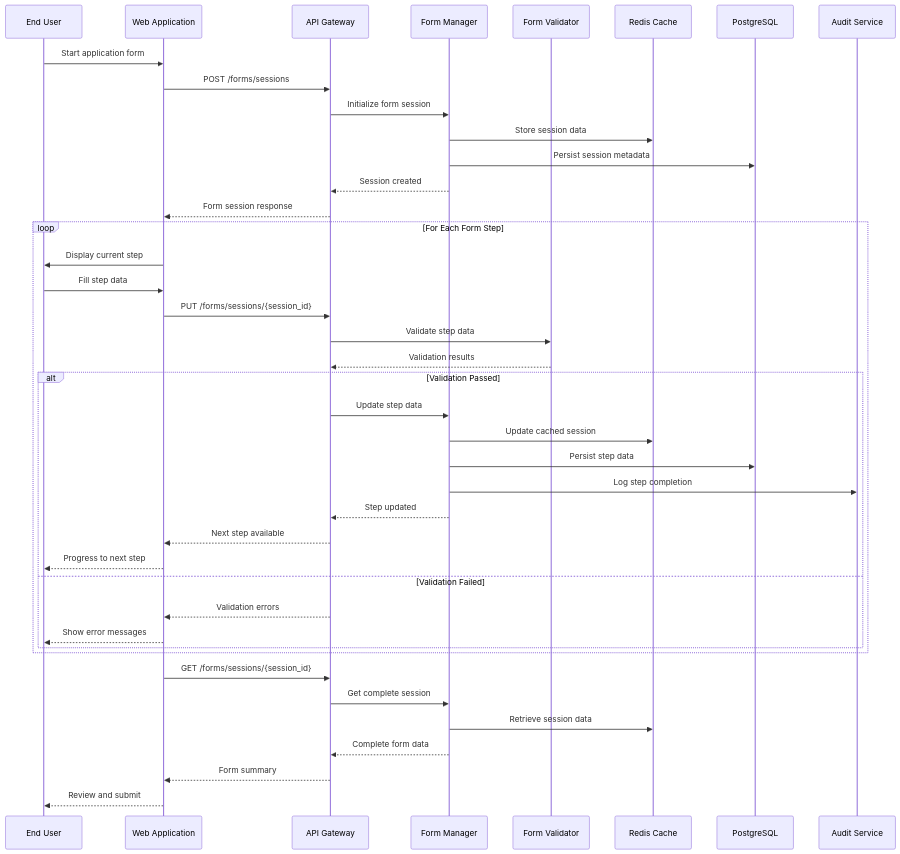
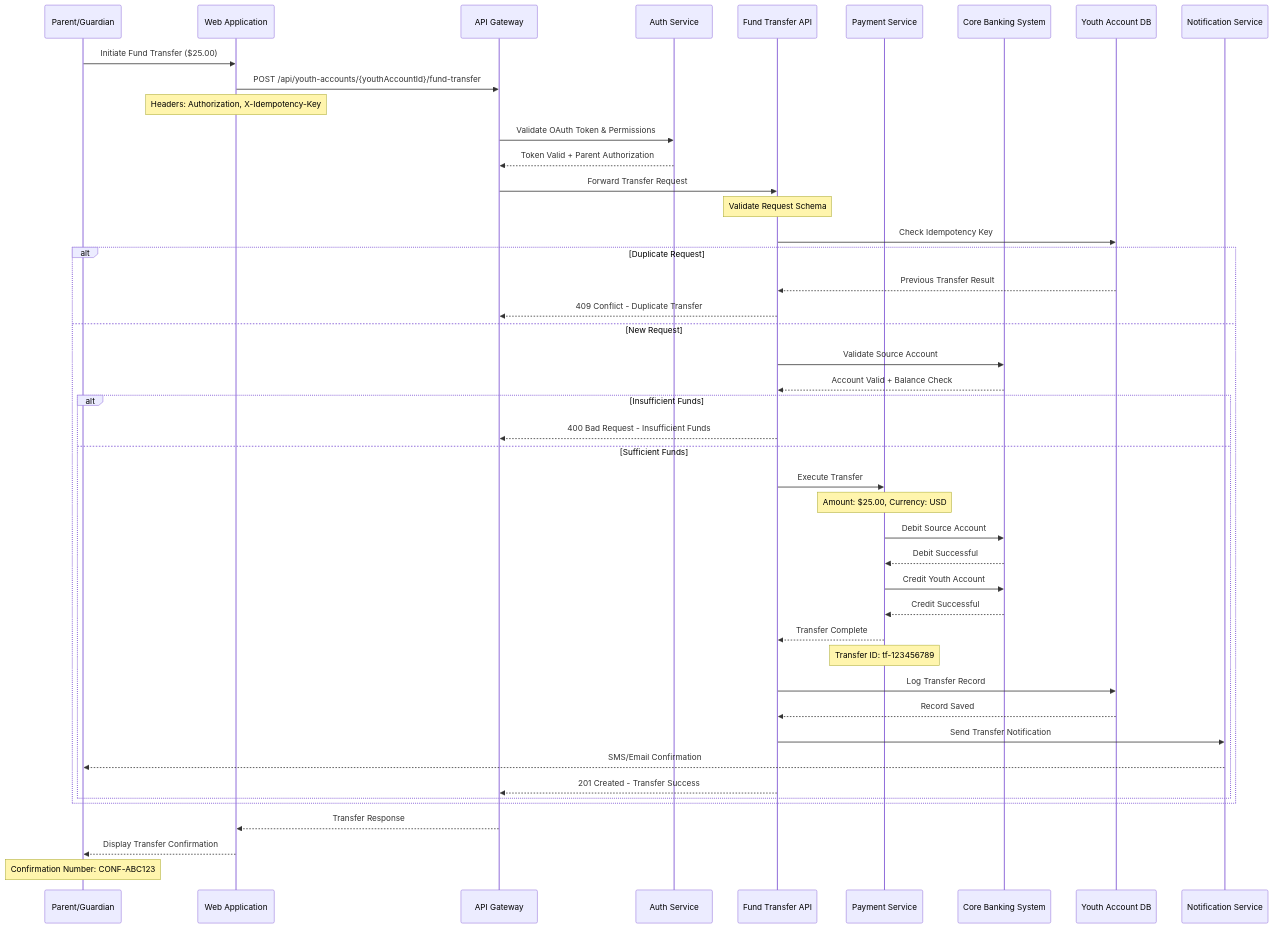
Before and after one commit to ThapaswiASC/SCIB-INCEPTION-PHASE-DEMO: the second of 6 diagrams in API Development/Components and Sequence Diagrams/sequence_diagram.md, drawn with Mermaid. The commit also changed other lines of this file and 1 other file, not shown here.

````diff
--- a/API Development/Components and Sequence Diagrams/sequence_diagram.md
+++ b/API Development/Components and Sequence Diagrams/sequence_diagram.md
@@ -67,47 +67,59 @@
 ```mermaid
 sequenceDiagram
-    participant User as End User
+    participant Parent as Parent/Guardian
     participant WebApp as Web Application
-    participant API as API Gateway
-    participant FormMgr as Form Manager
-    participant Validator as Form Validator
-    participant Cache as Redis Cache
-    participant DB as PostgreSQL
-    participant Audit as Audit Service
+    participant APIGateway as API Gateway
+    participant AuthService as Auth Service
+    participant TransferAPI as Fund Transfer API
+    participant PaymentService as Payment Service
+    participant CoreBank as Core Banking System
+    participant Database as Youth Account DB
+    participant NotificationSvc as Notification Service
+
+    Parent->>WebApp: Initiate Fund Transfer ($25.00)
+    WebApp->>APIGateway: POST /api/youth-accounts/{youthAccountId}/fund-transfer
+    Note over WebApp: Headers: Authorization, X-Idempotency-Key
     
-    User->>WebApp: Start application form
-    WebApp->>API: POST /forms/sessions
-    API->>FormMgr: Initialize form session
-    FormMgr->>Cache: Store session data
-    FormMgr->>DB: Persist session metadata
-    FormMgr-->>API: Session created
-    API-->>WebApp: Form session response
+    APIGateway->>AuthService: Validate OAuth Token & Permissions
+    AuthService-->>APIGateway: Token Valid + Parent Authorization
     
-    loop For Each Form Step
-        WebApp->>User: Display current step
-        User->>WebApp: Fill step data
-        WebApp->>API: PUT /forms/sessions/{session_id}
-        API->>Validator: Validate step data
-        Validator-->>API: Validation results
+    APIGateway->>TransferAPI: Forward Transfer Request
+    Note over TransferAPI: Validate Request Schema
+    
+    TransferAPI->>Database: Check Idempotency Key
+    alt Duplicate Request
+        Database-->>TransferAPI: Previous Transfer Result
+        TransferAPI-->>APIGateway: 409 Conflict - Duplicate Transfer
+    else New Request
+        TransferAPI->>CoreBank: Validate Source Account
+        CoreBank-->>TransferAPI: Account Valid + Balance Check
         
-        alt Validation Passed
-            API->>FormMgr: Update step data
-            FormMgr->>Cache: Update cached session
-            FormMgr->>DB: Persist step data
-            FormMgr->>Audit: Log step completion
-            FormMgr-->>API: Step updated
-            API-->>WebApp: Next step available
-            WebApp-->>User: Progress to next step
-        else Validation Failed
-            API-->>WebApp: Validation errors
-            WebApp-->>User: Show error messages
+        alt Insufficient Funds
+            TransferAPI-->>APIGateway: 400 Bad Request - Insufficient Funds
+        else Sufficient Funds
+            TransferAPI->>PaymentService: Execute Transfer
+            Note over PaymentService: Amount: $25.00, Currency: USD
+            
+            PaymentService->>CoreBank: Debit Source Account
+            CoreBank-->>PaymentService: Debit Successful
+            
+            PaymentService->>CoreBank: Credit Youth Account
+            CoreBank-->>PaymentService: Credit Successful
+            
+            PaymentService-->>TransferAPI: Transfer Complete
+            Note over PaymentService: Transfer ID: tf-123456789
+            
+            TransferAPI->>Database: Log Transfer Record
+            Database-->>TransferAPI: Record Saved
+            
+            TransferAPI->>NotificationSvc: Send Transfer Notification
+            NotificationSvc-->>Parent: SMS/Email Confirmation
+            
+            TransferAPI-->>APIGateway: 201 Created - Transfer Success
         end
     end
     
-    WebApp->>API: GET /forms/sessions/{session_id}
-    API->>FormMgr: Get complete session
-    FormMgr->>Cache: Retrieve session data
-    FormMgr-->>API: Complete form data
-    API-->>WebApp: Form summary
-    WebApp-->>User: Review and submit
+    APIGateway-->>WebApp: Transfer Response
+    WebApp-->>Parent: Display Transfer Confirmation
+    Note over Parent: Confirmation Number: CONF-ABC123
 ```
````
